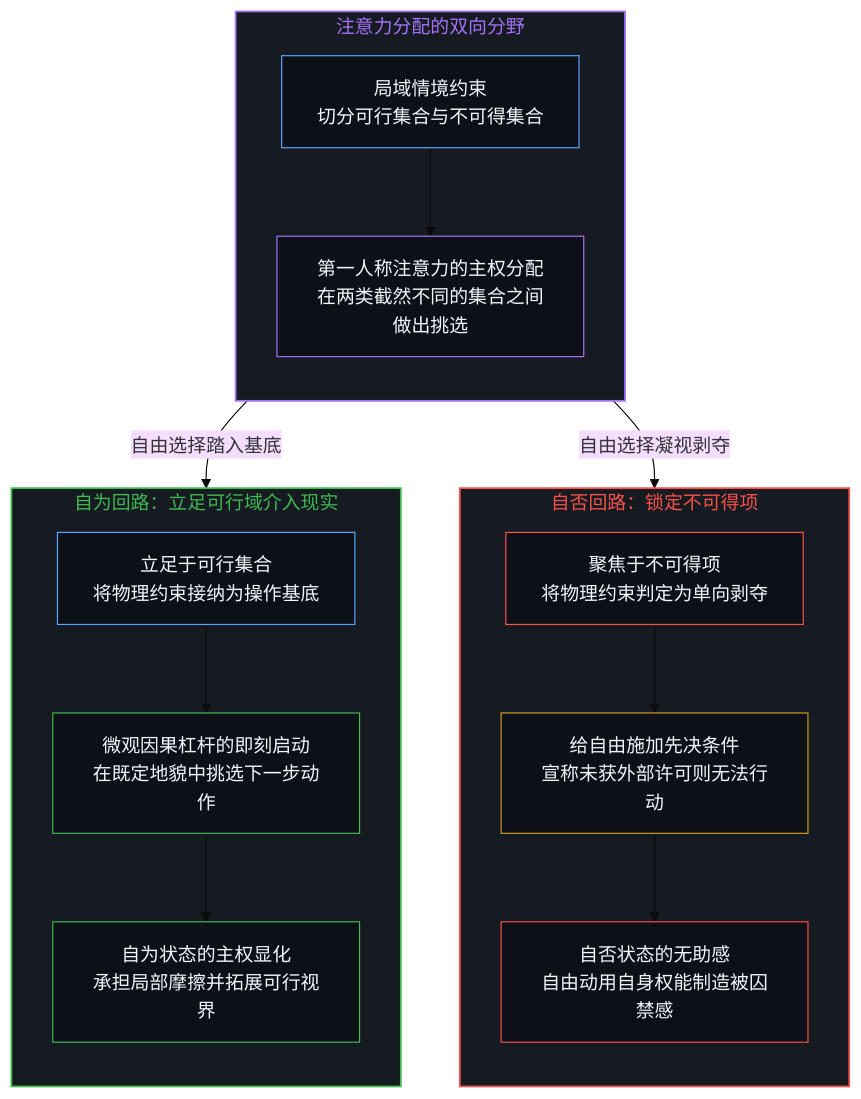
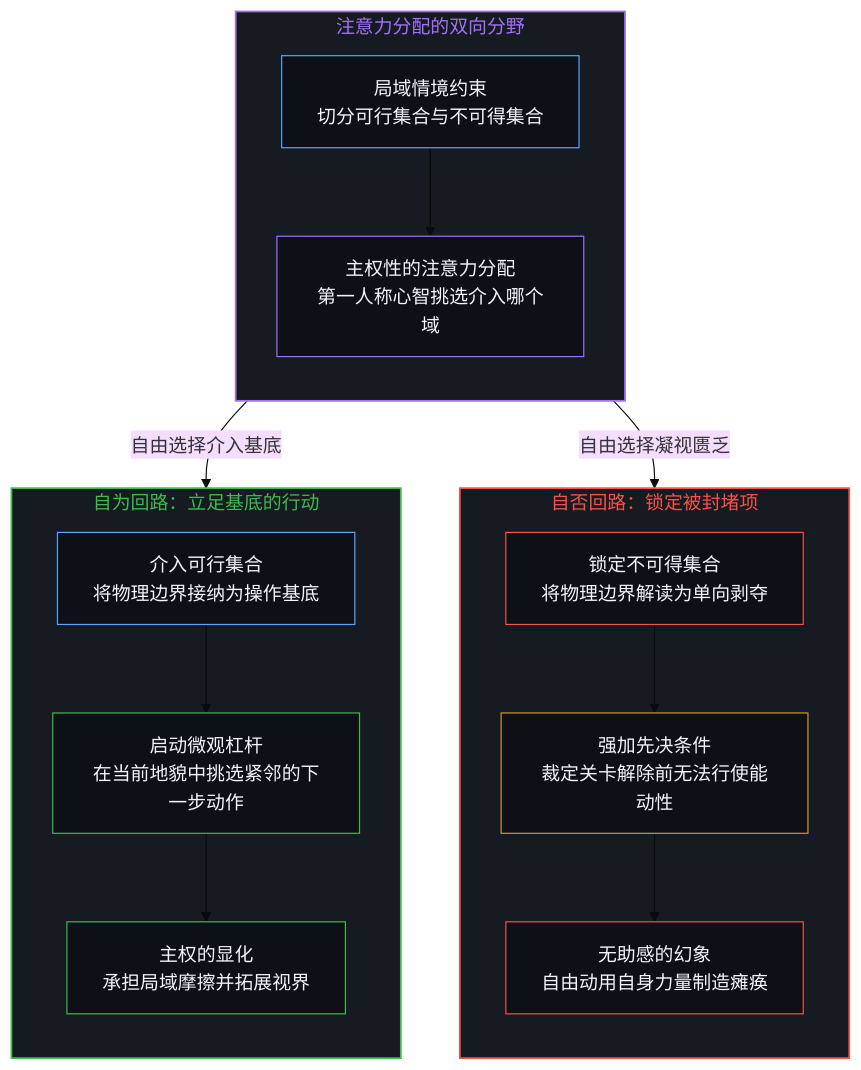
The third of 4 diagrams in content/posts/the-substrate-of-constraint-and-the-self-denial-of-freedom.md (powerpig99/not-a-toe), drawn with Mermaid (base theme) before and after one commit. The commit also changed other lines of this file and 2 other files, not shown here.

Commit message:
Deep Sleep Batch 12: consolidate the-fermi-paradox-reified-agency-and-the-great-filter & the-substrate-of-constraint-and-the-self-denial-of-freedom

````diff
--- a/content/posts/the-substrate-of-constraint-and-the-self-denial-of-freedom.md
+++ b/content/posts/the-substrate-of-constraint-and-the-self-denial-of-freedom.md
@@ -97,35 +89,30 @@
 ```mermaid
 graph TD
     subgraph S_Bifurcation ["注意力分配的双向分野"]
         direction TB
-        B1["局域情境约束<br/>切分可行集合与不可得集合"] --> B2["第一人称注意力的主权分配<br/>在两类截然不同的集合之间做出挑选"]
+        B1["局域情境约束<br/>切分可行集合与不可得集合"] --> B2["主权性的注意力分配<br/>第一人称心智挑选介入哪个域"]
     end
-
-    subgraph S_SelfDenial ["自否回路：锁定不可得项"]
+    subgraph S_SelfDenial ["自否回路：锁定被封堵项"]
         direction TB
-        D1["聚焦于不可得项<br/>将物理约束判定为单向剥夺"] --> D2["给自由施加先决条件<br/>宣称未获外部许可则无法行动"]
-        D2 --> D3["自否状态的无助感<br/>自由动用自身权能制造被囚禁感"]
+        D1["锁定不可得集合<br/>将物理边界解读为单向剥夺"] --> D2["强加先决条件<br/>裁定关卡解除前无法行使能动性"]
+        D2 --> D3["无助感的幻象<br/>自由动用自身力量制造瘫痪"]
     end
-
-    subgraph S_SelfRealization ["自为回路：立足可行域介入现实"]
+    subgraph S_SelfRealization ["自为回路：立足基底的行动"]
         direction TB
-        R1["立足于可行集合<br/>将物理约束接纳为操作基底"] --> R2["微观因果杠杆的即刻启动<br/>在既定地貌中挑选下一步动作"]
-        R2 --> R3["自为状态的主权显化<br/>承担局部摩擦并拓展可行视界"]
+        R1["介入可行集合<br/>将物理边界接纳为操作基底"] --> R2["启动微观杠杆<br/>在当前地貌中挑选紧邻的下一步动作"]
+        R2 --> R3["主权的显化<br/>承担局域摩擦并拓展视界"]
     end
-
-    B2 -->|"自由选择凝视剥夺"| D1
-    B2 -->|"自由选择踏入基底"| R1
-
+    B2 -->|"自由选择凝视匮乏"| D1
+    B2 -->|"自由选择介入基底"| R1
     style S_Bifurcation fill:#161b22,stroke:#a371f7,stroke-width:1.5px,color:#a371f7
     style S_SelfDenial fill:#161b22,stroke:#f85149,stroke-width:1.5px,color:#f85149
     style S_SelfRealization fill:#161b22,stroke:#3fb950,stroke-width:1.5px,color:#3fb950
-
     style B1 fill:#0d1117,stroke:#58a6ff,stroke-width:1px,color:#f0f6fc
     style B2 fill:#0d1117,stroke:#a371f7,stroke-width:1px,color:#f0f6fc
     style D1 fill:#0d1117,stroke:#f85149,stroke-width:1px,color:#f0f6fc
     style D2 fill:#0d1117,stroke:#d29922,stroke-width:1px,color:#f0f6fc
     style D3 fill:#0d1117,stroke:#f85149,stroke-width:1px,color:#f0f6fc
     style R1 fill:#0d1117,stroke:#58a6ff,stroke-width:1px,color:#f0f6fc
     style R2 fill:#0d1117,stroke:#3fb950,stroke-width:1px,color:#f0f6fc
     style R3 fill:#0d1117,stroke:#3fb950,stroke-width:1px,color:#f0f6fc
 ```
````
